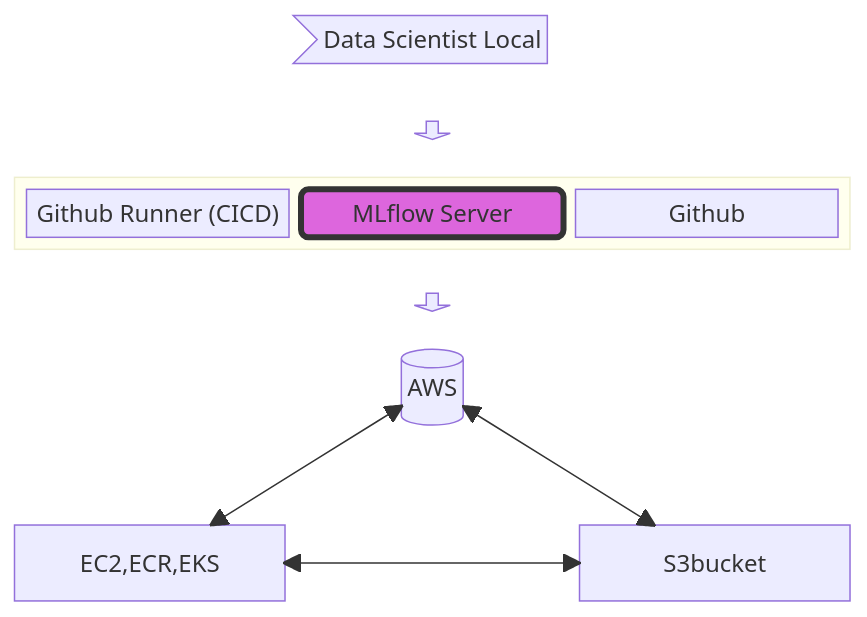
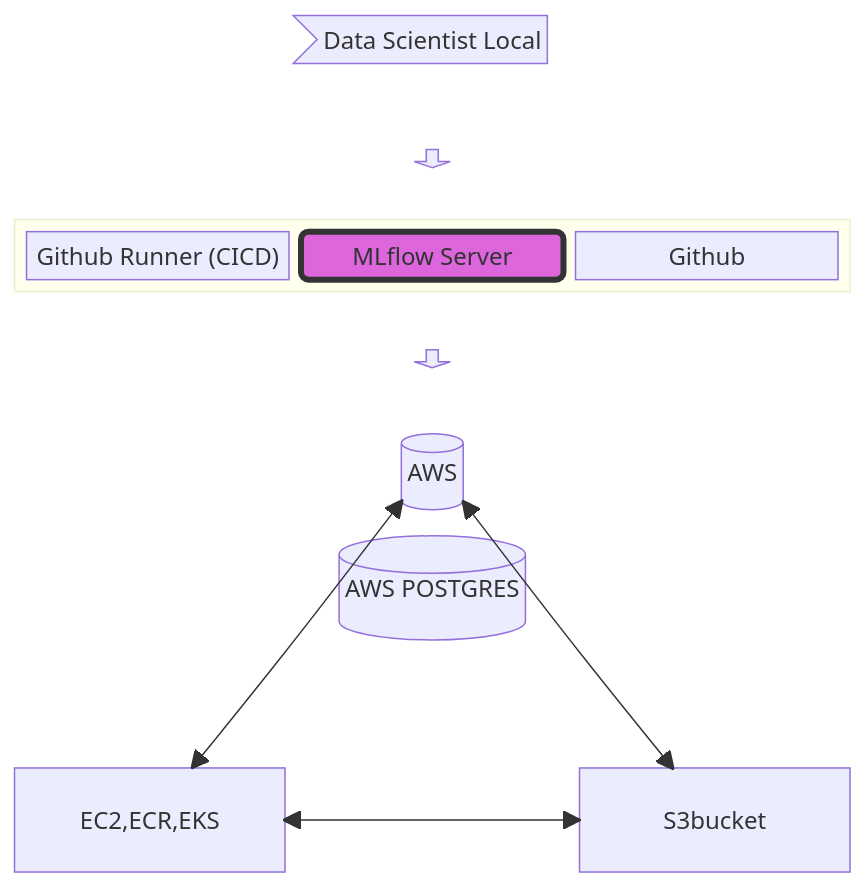
The second of 2 diagrams in README.md (lukhha/Pio-NER), drawn with Mermaid before and after one commit.

````diff
--- a/README.md
+++ b/README.md
@@ -35,21 +35,21 @@
 ```mermaid
 block-beta
     columns 3
     doc>"Data Scientist Local"]:3
     space down1<[" "]>(down) space
 
   block:e:3
           l["Github Runner (CICD)"]
           m("MLflow Server")
           r["Github"]
   end
     space down2<[" "]>(down) space
-    db[("AWS")]:3
-    db[("AWS")]:3
+    aws[("AWS")]:3
+    db[("AWS POSTGRES")]:3
     space:3
     EC2,ECR,EKS space S3bucket
-    db <--> EC2,ECR,EKS
-    S3bucket <--> db
+    aws <--> EC2,ECR,EKS
+    S3bucket <--> aws
     EC2,ECR,EKS <--> S3bucket
     style m fill:#d6d,stroke:#333,stroke-width:4px
 ```
````
